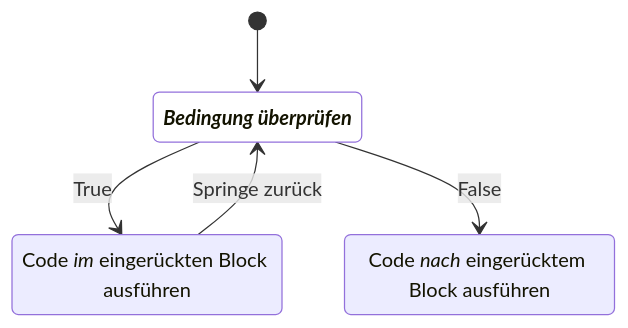
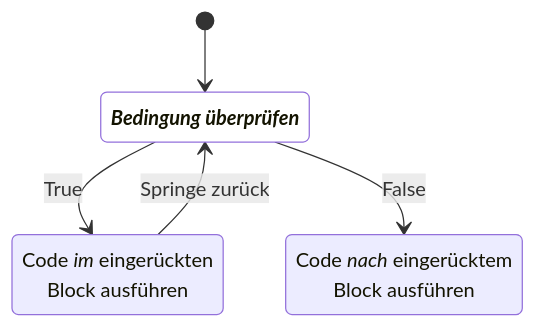
Before and after one commit to Qualidy/wiki-python-mini: the diagram in docs/content/loops/loops.md, drawn with Mermaid. The commit also changed 10 other files, not shown here.

````diff
--- a/docs/content/loops/loops.md
+++ b/docs/content/loops/loops.md
@@ -32,12 +32,12 @@
 ``` mermaid
 stateDiagram-v2
     classDef yourState font-style:italic,font-weight:bold,fill:white
 
     B:Bedingung überprüfen
-    I:Code *im* eingerückten Block ausführen
-    F:Code *nach* eingerücktem Block ausführen
+    I:Code *im* eingerückten<br/>Block ausführen
+    F:Code *nach* eingerücktem<br/>Block ausführen
     [*] --> B:::yourState
     B --> I : True
     I --> B : Springe zurück
     B --> F : False
 ```
````
